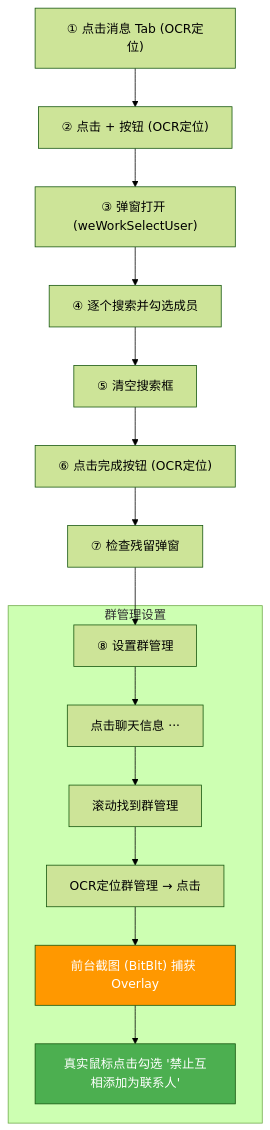
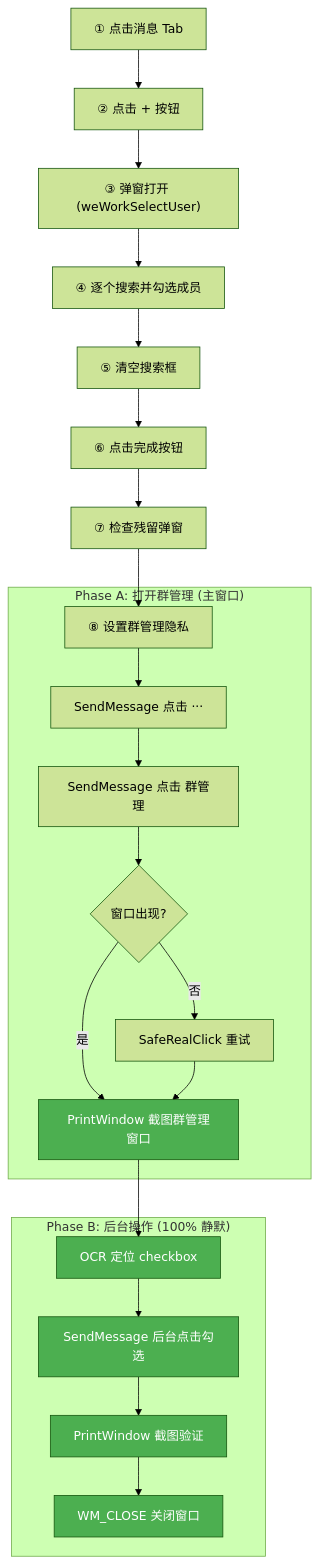
One commit to daxia778/wecom-auto-group changed the diagram in README.md. Above: the diagram before and after it, drawn with Mermaid (forest theme). The commit also changed other lines of this file and 1 other file, not shown here.

Commit message:
1717: 集成群管理后台自动化到核心代码 - Phase A/B 架构, PrintWindow+SendMessage 后台操作, 更新 README 文档

````diff
--- a/README.md
+++ b/README.md
@@ -109,21 +78,33 @@
 ```mermaid
 flowchart TD
-    A["① 点击消息 Tab (OCR定位)"] --> B["② 点击 + 按钮 (OCR定位)"]
+    A["① 点击消息 Tab"] --> B["② 点击 + 按钮"]
     B --> C["③ 弹窗打开 (weWorkSelectUser)"]
     C --> D["④ 逐个搜索并勾选成员"]
     D --> E["⑤ 清空搜索框"]
-    E --> F["⑥ 点击完成按钮 (OCR定位)"]
+    E --> F["⑥ 点击完成按钮"]
     F --> G["⑦ 检查残留弹窗"]
-    G --> H["⑧ 设置群管理"]
+    G --> H["⑧ 设置群管理隐私"]
     
-    subgraph 群管理设置
-        H --> H1["点击聊天信息 ···"]
-        H1 --> H2["滚动找到群管理"]
-        H2 --> H3["OCR定位群管理 → 点击"]
-        H3 --> H4["前台截图 (BitBlt) 捕获 Overlay"]
-        H4 --> H5["真实鼠标点击勾选 '禁止互相添加为联系人'"]
+    subgraph "Phase A: 打开群管理 (主窗口)"
+        H --> H1["SendMessage 点击 ···"]
+        H1 --> H2["SendMessage 点击 群管理"]
+        H2 --> H2b{"窗口出现?"}
+        H2b -->|是| H3
+        H2b -->|否| H2c["SafeRealClick 重试"]
+        H2c --> H3
+    end
+
+    subgraph "Phase B: 后台操作 (100% 静默)"
+        H3["PrintWindow 截图群管理窗口"]
+        H3 --> H4["OCR 定位 checkbox"]
+        H4 --> H5["SendMessage 后台点击勾选"]
+        H5 --> H6["PrintWindow 截图验证"]
+        H6 --> H7["WM_CLOSE 关闭窗口"]
     end
     
-    style H4 fill:#ff9800,color:#fff
+    style H3 fill:#4caf50,color:#fff
+    style H4 fill:#4caf50,color:#fff
     style H5 fill:#4caf50,color:#fff
+    style H6 fill:#4caf50,color:#fff
+    style H7 fill:#4caf50,color:#fff
 ```
````
